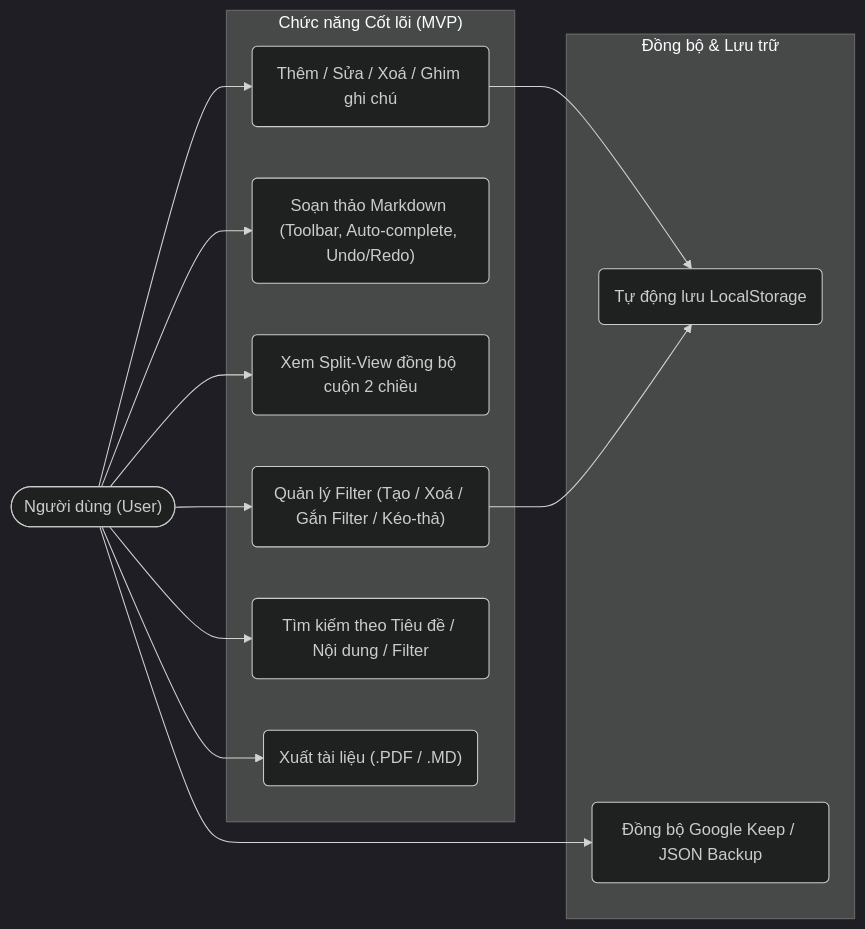
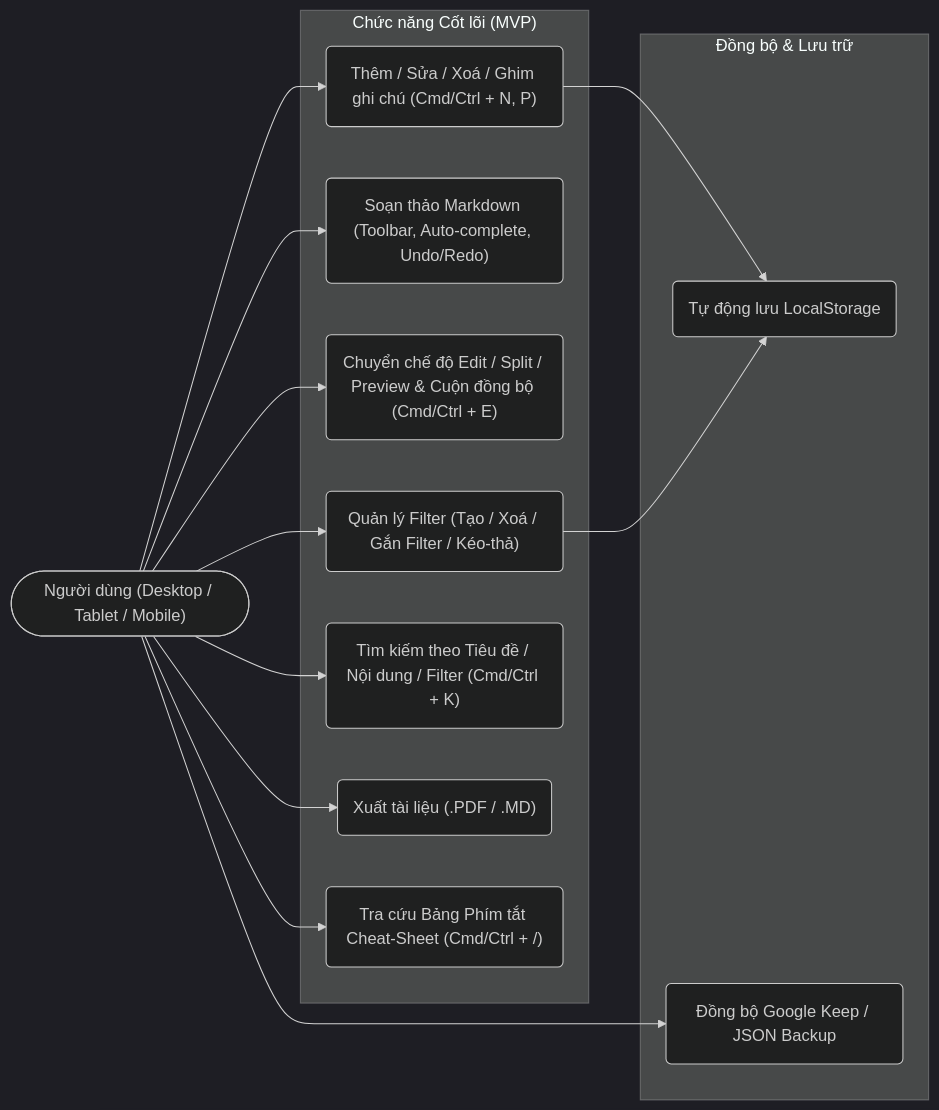
The first of 2 diagrams in README.md (taro1026205/VibeNotes), drawn with Mermaid (dark theme) before and after one commit. The commit also changed other lines of this file and 15 other files, not shown here.

````diff
--- a/README.md
+++ b/README.md
@@ -29,28 +30,30 @@
 ```mermaid
 flowchart LR
-    User(["Người dùng (User)"])
+    User(["Người dùng (Desktop / Tablet / Mobile)"])
 
     subgraph Core["Chức năng Cốt lõi (MVP)"]
-        UC1("Thêm / Sửa / Xoá / Ghim ghi chú")
+        UC1("Thêm / Sửa / Xoá / Ghim ghi chú (Cmd/Ctrl + N, P)")
         UC2("Soạn thảo Markdown (Toolbar, Auto-complete, Undo/Redo)")
-        UC3("Xem Split-View đồng bộ cuộn 2 chiều")
+        UC3("Chuyển chế độ Edit / Split / Preview & Cuộn đồng bộ (Cmd/Ctrl + E)")
         UC4("Quản lý Filter (Tạo / Xoá / Gắn Filter / Kéo-thả)")
-        UC5("Tìm kiếm theo Tiêu đề / Nội dung / Filter")
+        UC5("Tìm kiếm theo Tiêu đề / Nội dung / Filter (Cmd/Ctrl + K)")
         UC6("Xuất tài liệu (.PDF / .MD)")
+        UC9("Tra cứu Bảng Phím tắt Cheat-Sheet (Cmd/Ctrl + /)")
     end
 
     subgraph Sync["Đồng bộ & Lưu trữ"]
         UC7("Tự động lưu LocalStorage")
         UC8("Đồng bộ Google Keep / JSON Backup")
     end
 
     User --> UC1
     User --> UC2
     User --> UC3
     User --> UC4
     User --> UC5
     User --> UC6
+    User --> UC9
     UC1 --> UC7
     UC4 --> UC7
     User --> UC8
 ```
````
